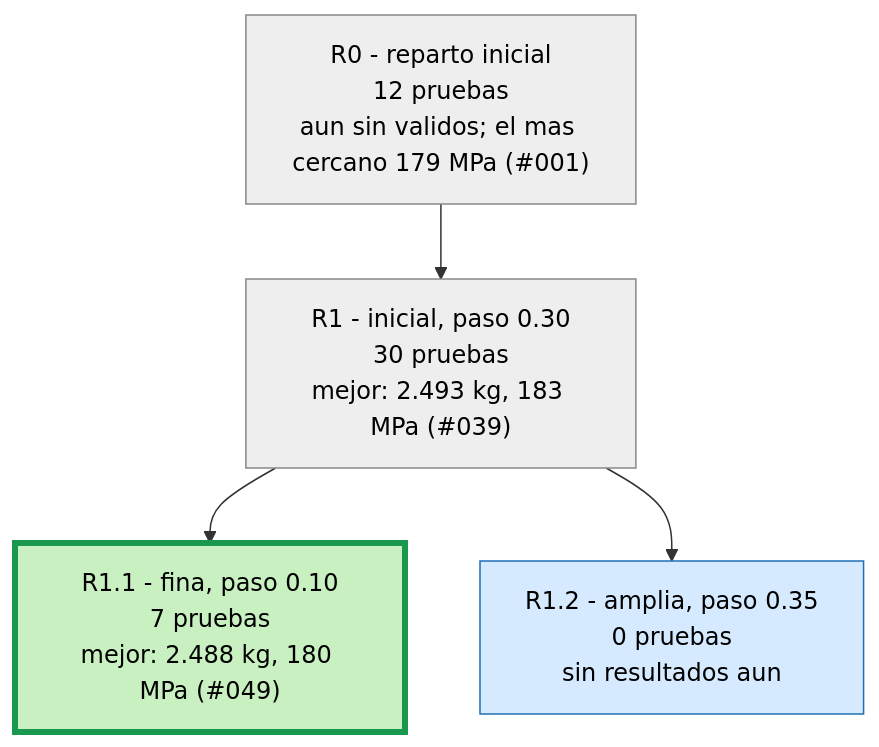
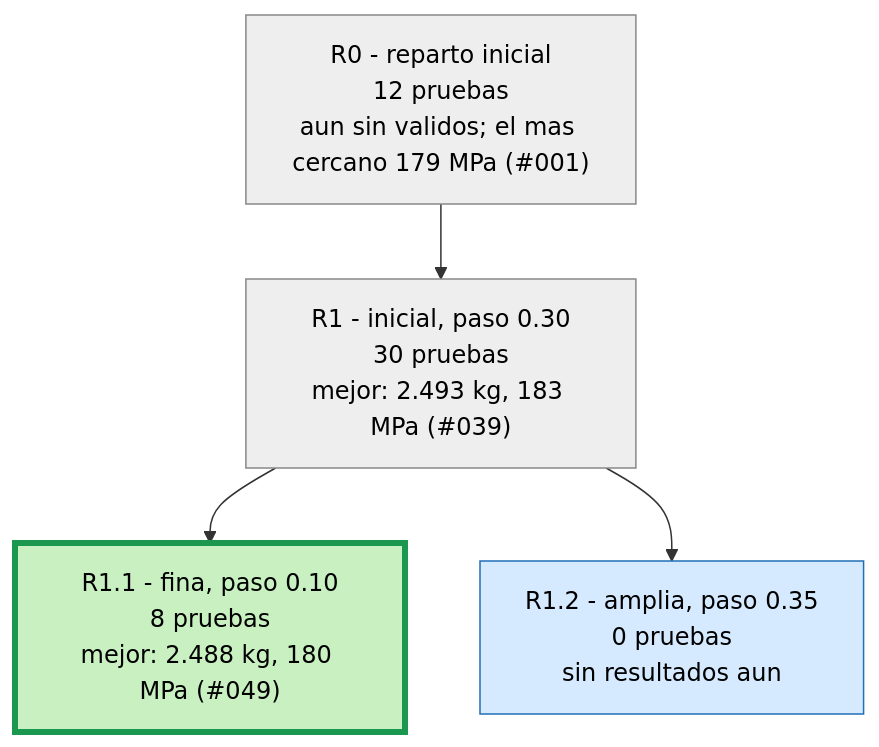
Before and after one commit to Hugiko/msd-soporte-optimizacion: the second of 3 diagrams in runs/opt_37800N/ARBOL.md, drawn with Mermaid. The commit also changed 22 other files, not shown here.

````diff
--- a/runs/opt_37800N/ARBOL.md
+++ b/runs/opt_37800N/ARBOL.md
@@ -21,13 +21,13 @@
 ```mermaid
 graph TD
 classDef activa fill:#d6eaff,stroke:#1f6fb5,color:#000
 classDef fin fill:#eeeeee,stroke:#888,color:#000
 classDef mejor fill:#c8f0c0,stroke:#1a9850,stroke-width:4px,color:#000
 R0["R0 - reparto inicial<br/>12 pruebas<br/>aun sin validos; el mas cercano 179 MPa (#001)"]:::fin
 R1["R1 - inicial, paso 0.30<br/>30 pruebas<br/>mejor: 2.493 kg, 183 MPa (#039)"]:::fin
 R0 --> R1
-R1_1["R1.1 - fina, paso 0.10<br/>7 pruebas<br/>mejor: 2.488 kg, 180 MPa (#049)"]:::mejor
+R1_1["R1.1 - fina, paso 0.10<br/>8 pruebas<br/>mejor: 2.488 kg, 180 MPa (#049)"]:::mejor
 R1 --> R1_1
 R1_2["R1.2 - amplia, paso 0.35<br/>0 pruebas<br/>sin resultados aun"]:::activa
 R1 --> R1_2
 ```
````
